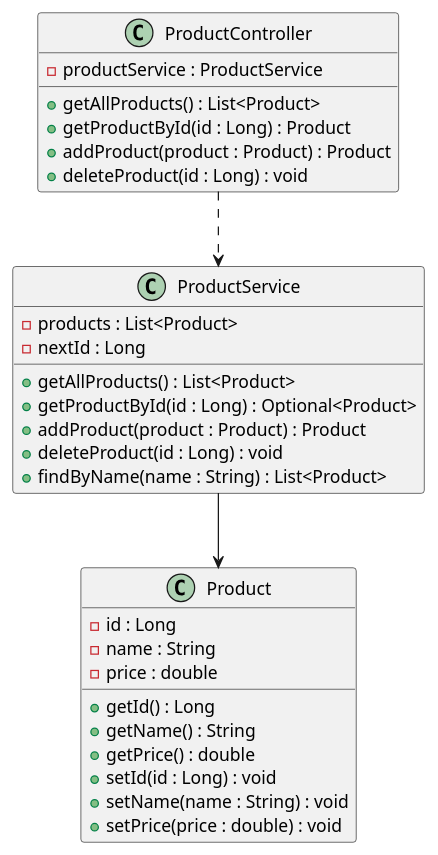
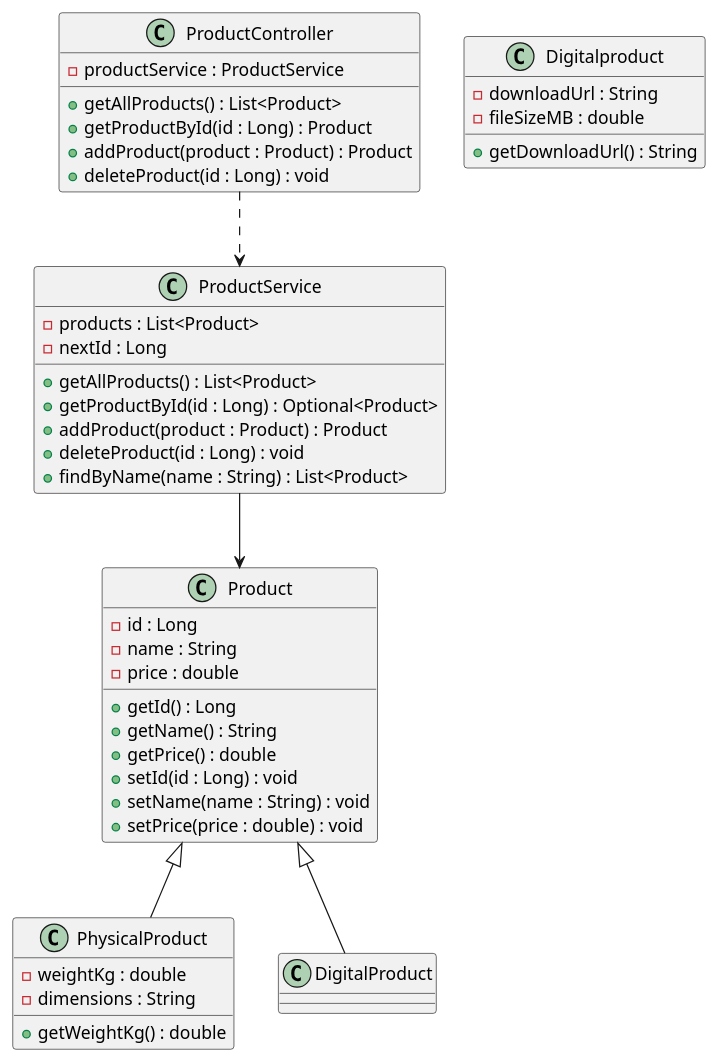
The diagram in docs/uml/tutorial3.puml (niluferg1212/OOP), drawn with PlantUML before and after one commit. The commit also changed 3 other files, not shown here.

Commit message:
Tutorial 4: inheritance hierarcgy - DigitalProduct and PhysicalProduct

```diff
--- a/docs/uml/tutorial3.puml
+++ b/docs/uml/tutorial3.puml
@@ -1,37 +1,52 @@
 @startuml
 
 class Product {
     - id : Long
     - name : String
     - price : double
     + getId() : Long
     + getName() : String
     + getPrice() : double
     + setId(id : Long) : void
     + setName(name : String) : void
     + setPrice(price : double) : void
 }
+
+class Digitalproduct {
+    - downloadUrl : String
+    - fileSizeMB : double
+    + getDownloadUrl() : String
+}
+
+class PhysicalProduct {
+    - weightKg : double
+    - dimensions : String
+    + getWeightKg() : double
+}
+
+Product <|-- DigitalProduct
+Product <|-- PhysicalProduct
 
 class ProductService {
     - products : List<Product>
     - nextId : Long
     + getAllProducts() : List<Product>
     + getProductById(id : Long) : Optional<Product>
     + addProduct(product : Product) : Product
     + deleteProduct(id : Long) : void
     + findByName(name : String) : List<Product>
 }
 
 class ProductController {
     - productService : ProductService
     + getAllProducts() : List<Product>
     + getProductById(id : Long) : Product
     + addProduct(product : Product) : Product
     + deleteProduct(id : Long) : void
 }
 
 ProductController ..> ProductService
 
 ProductService --> Product
 
 @enduml
```
